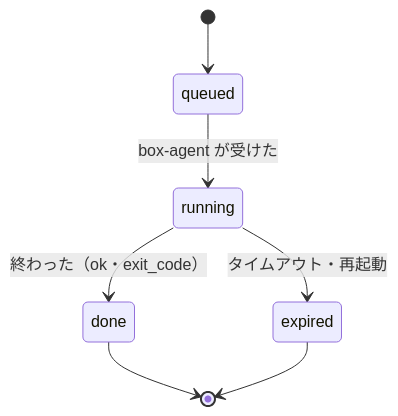
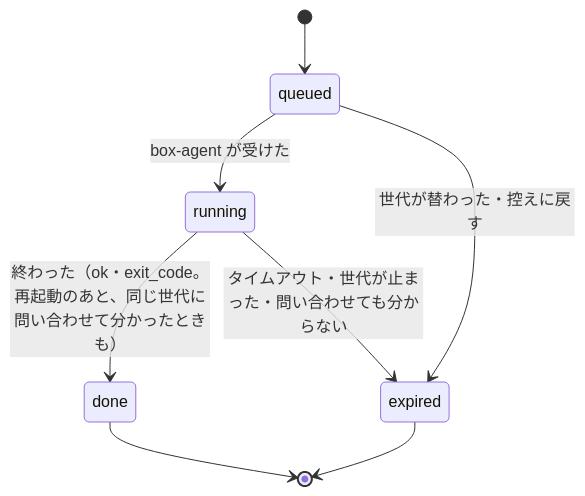
The tenth of 12 diagrams in docs/design/10_diagrams/states.md (itiwoja/agent-team), drawn with Mermaid before and after one commit. The commit also changed other lines of this file and 32 other files, not shown here.

````diff
--- a/docs/design/10_diagrams/states.md
+++ b/docs/design/10_diagrams/states.md
@@ -123,9 +126,10 @@
 ```mermaid
 stateDiagram-v2
  [*] --> queued
  queued --> running : box-agent が受けた
- running --> done : 終わった（ok・exit_code）
- running --> expired : タイムアウト・再起動
+ queued --> expired : 世代が替わった・控えに戻す
+ running --> done : 終わった（ok・exit_code。再起動のあと、同じ世代に問い合わせて分かったときも）
+ running --> expired : タイムアウト・世代が止まった・問い合わせても分からない
  done --> [*]
  expired --> [*]
 ```
````
